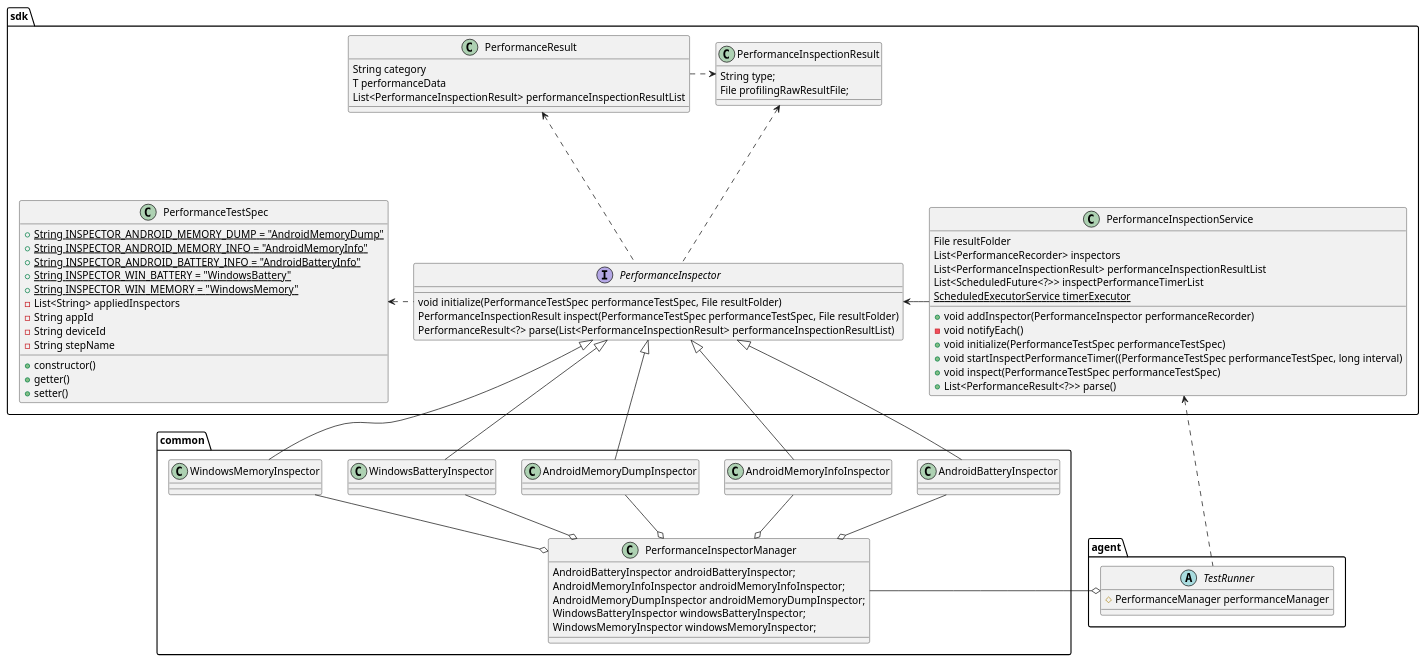
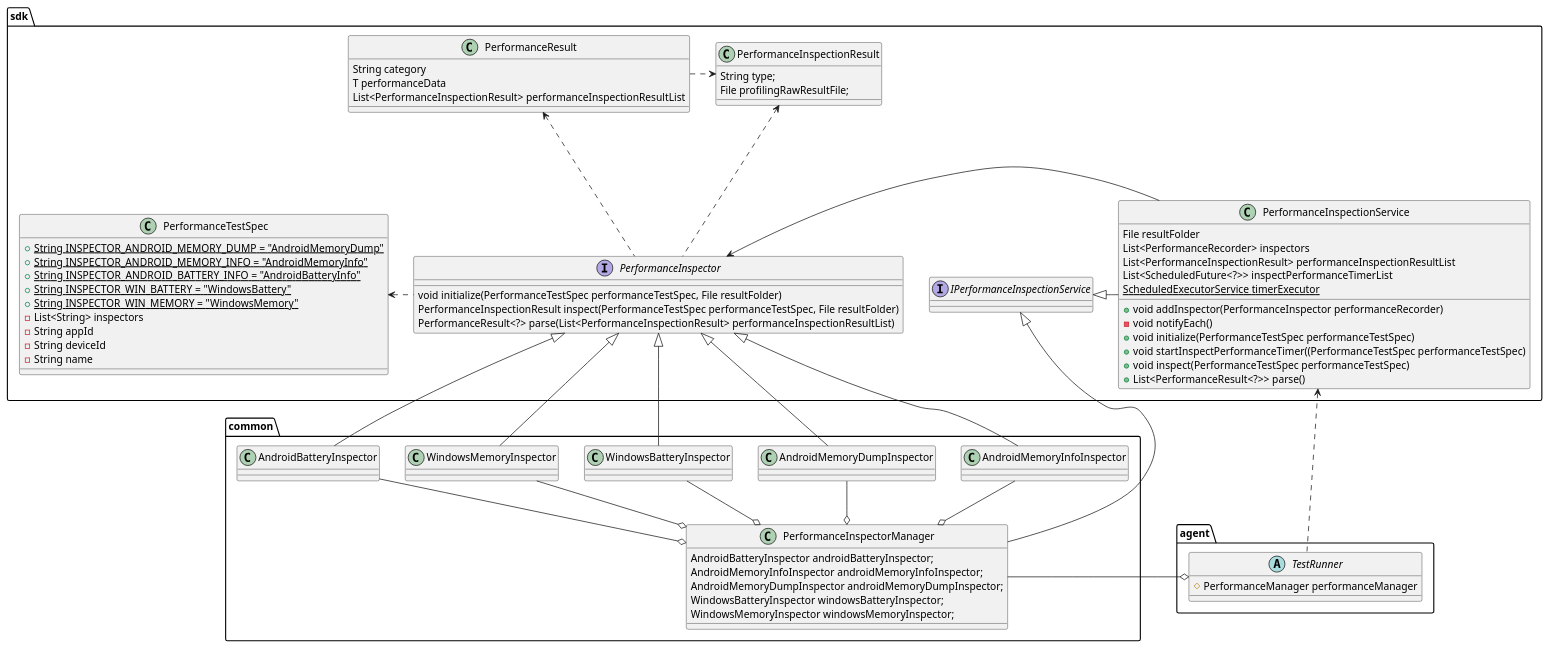
The first of 3 diagrams in agent/doc/UML/perf_design.puml (microsoft/HydraLab), drawn with PlantUML before and after one commit. The commit also changed 16 other files, not shown here.

```diff
--- a/agent/doc/UML/perf_design.puml
+++ b/agent/doc/UML/perf_design.puml
@@ -1,90 +1,92 @@
 @startuml
 'https://plantuml.com/class-diagram'
 
 package "sdk" {
 
     class PerformanceTestSpec {
         +{static}String INSPECTOR_ANDROID_MEMORY_DUMP = "AndroidMemoryDump"
         +{static}String INSPECTOR_ANDROID_MEMORY_INFO = "AndroidMemoryInfo"
         +{static}String INSPECTOR_ANDROID_BATTERY_INFO = "AndroidBatteryInfo"
         +{static}String INSPECTOR_WIN_BATTERY = "WindowsBattery"
         +{static}String INSPECTOR_WIN_MEMORY = "WindowsMemory"
-        -List<String> appliedInspectors
+        -List<String> inspectors
         -String appId
         -String deviceId
-        -String stepName
-        +constructor()
-        +getter()
-        +setter()
+        -String name
     }
     interface PerformanceInspector {
         void initialize(PerformanceTestSpec performanceTestSpec, File resultFolder)
         PerformanceInspectionResult inspect(PerformanceTestSpec performanceTestSpec, File resultFolder)
         PerformanceResult<?> parse(List<PerformanceInspectionResult> performanceInspectionResultList)
+    }
+
+    interface IPerformanceInspectionService {
     }
 
     class PerformanceInspectionService {
         File resultFolder
         List<PerformanceRecorder> inspectors
         List<PerformanceInspectionResult> performanceInspectionResultList
         List<ScheduledFuture<?>> inspectPerformanceTimerList
         {static} ScheduledExecutorService timerExecutor
         +void addInspector(PerformanceInspector performanceRecorder)
         -void notifyEach()
         +void initialize(PerformanceTestSpec performanceTestSpec)
-        +void startInspectPerformanceTimer((PerformanceTestSpec performanceTestSpec, long interval)
+        +void startInspectPerformanceTimer((PerformanceTestSpec performanceTestSpec)
         +void inspect(PerformanceTestSpec performanceTestSpec)
         +List<PerformanceResult<?>> parse()
     }
 
     class PerformanceResult {
         String category
         T performanceData
         List<PerformanceInspectionResult> performanceInspectionResultList
     }
 
     class PerformanceInspectionResult {
         String type;
         File profilingRawResultFile;
     }
 
 
     PerformanceInspector -left..> PerformanceTestSpec
     PerformanceInspector -up..> PerformanceInspectionResult
     PerformanceInspector <---right PerformanceInspectionService
     PerformanceInspector -up..> PerformanceResult
     PerformanceResult -right..> PerformanceInspectionResult
+    PerformanceInspectionService -r-|> IPerformanceInspectionService
 }
 
 package "agent" {
     abstract class TestRunner {
         #PerformanceManager performanceManager
     }
 }
 
 package "common" {
     class PerformanceInspectorManager {
         AndroidBatteryInspector androidBatteryInspector;
         AndroidMemoryInfoInspector androidMemoryInfoInspector;
         AndroidMemoryDumpInspector androidMemoryDumpInspector;
         WindowsBatteryInspector windowsBatteryInspector;
         WindowsMemoryInspector windowsMemoryInspector;
     }
 
 
     PerformanceInspector <|-- AndroidBatteryInspector
     PerformanceInspector <|-- AndroidMemoryInfoInspector
     PerformanceInspector <|-- AndroidMemoryDumpInspector
     PerformanceInspector <|-- WindowsBatteryInspector
     PerformanceInspector <|-- WindowsMemoryInspector
 
     AndroidBatteryInspector --o PerformanceInspectorManager
     AndroidMemoryInfoInspector --o PerformanceInspectorManager
     AndroidMemoryDumpInspector --o PerformanceInspectorManager
     WindowsBatteryInspector --o PerformanceInspectorManager
     WindowsMemoryInspector --o PerformanceInspectorManager
+    PerformanceInspectorManager --|> IPerformanceInspectionService
 
     TestRunner o-r- PerformanceInspectorManager
     TestRunner -up..> PerformanceInspectionService
 }
 @enduml
```
